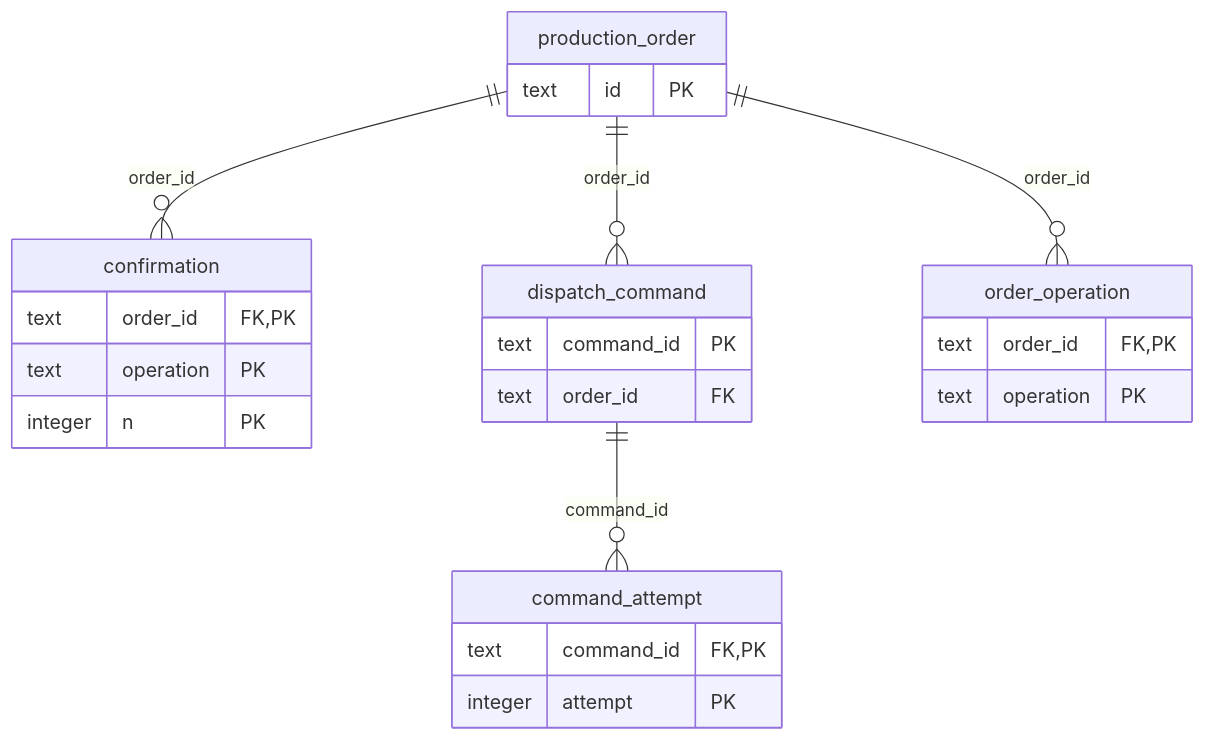
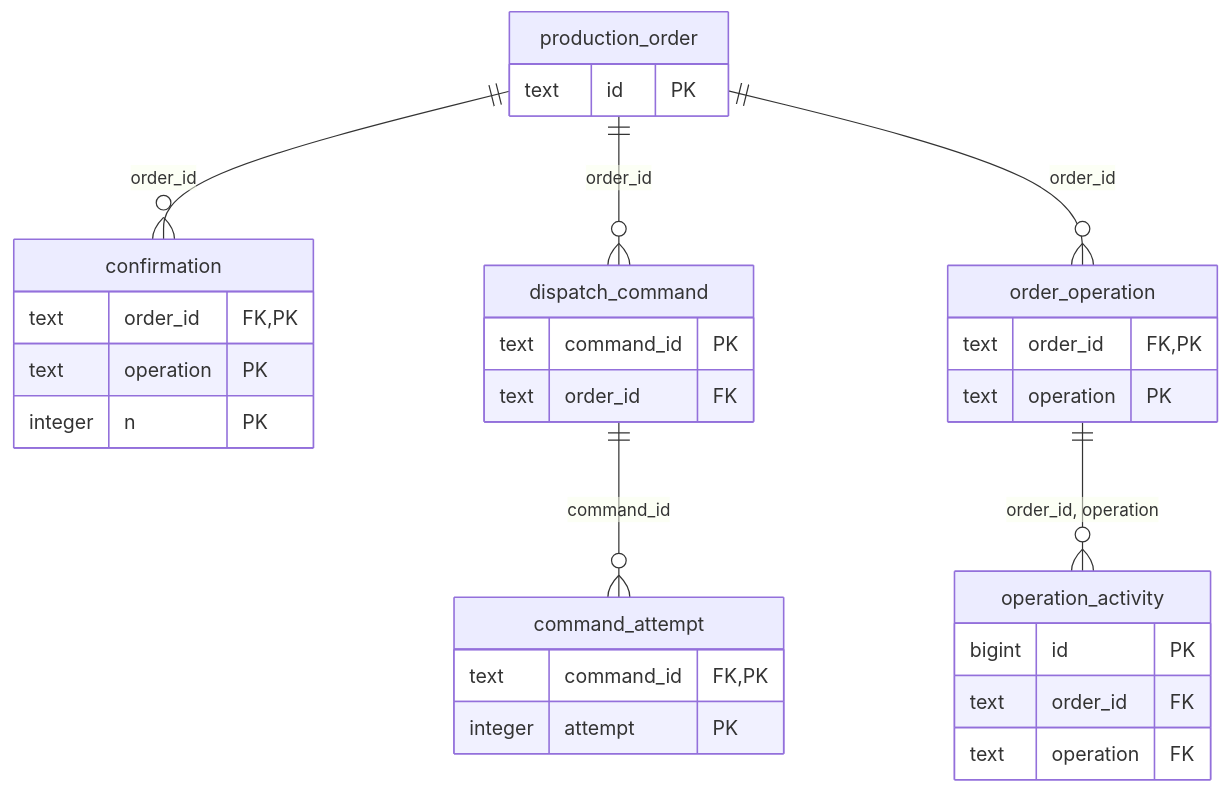
One commit to kubilayture/shopfloor-twin changed the fifth of 6 diagrams in docs/data-model.md. Above: the diagram before and after it, drawn with Mermaid. The commit also changed other lines of this file and 25 other files, not shown here.

````diff
--- a/docs/data-model.md
+++ b/docs/data-model.md
@@ -322,27 +324,33 @@
 ```mermaid
 erDiagram
   command_attempt {
     text command_id FK, PK
     integer attempt PK
   }
   confirmation {
     text order_id FK, PK
     text operation PK
     integer n PK
   }
   dispatch_command {
     text command_id PK
     text order_id FK
   }
+  operation_activity {
+    bigint id PK
+    text order_id FK
+    text operation FK
+  }
   order_operation {
     text order_id FK, PK
     text operation PK
   }
   production_order {
     text id PK
   }
   dispatch_command ||--o{ command_attempt : "command_id"
   production_order ||--o{ confirmation : "order_id"
   production_order ||--o{ dispatch_command : "order_id"
+  order_operation ||--o{ operation_activity : "order_id, operation"
   production_order ||--o{ order_operation : "order_id"
 ```
````
